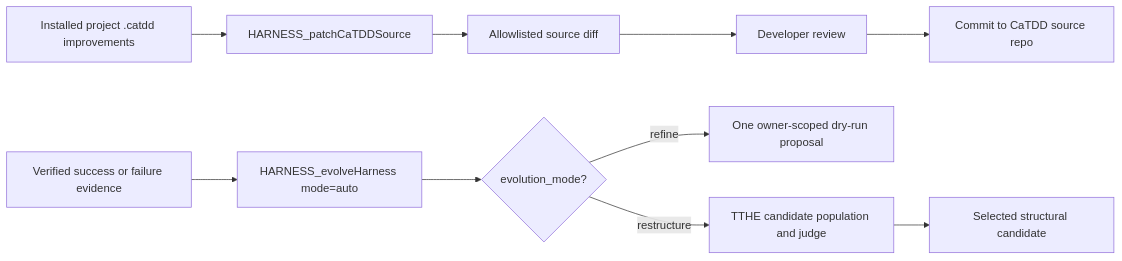
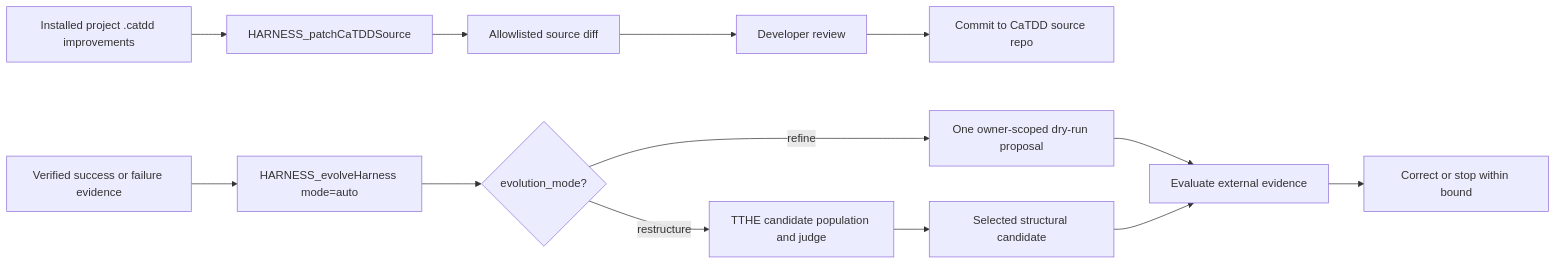
Before and after one commit to EnigmaWU/MyCaTDD: the diagram in slashCommands/kits/Px-HarnessKits.md, drawn with Mermaid. The commit also changed other lines of this file and 13 other files, not shown here.

````diff
--- a/slashCommands/kits/Px-HarnessKits.md
+++ b/slashCommands/kits/Px-HarnessKits.md
@@ -45,13 +45,16 @@
 ```mermaid
 flowchart LR
     Installed["Installed project .catdd improvements"] --> Inspect["HARNESS_patchCaTDDSource"]
     Inspect --> Diff["Allowlisted source diff"]
     Diff --> Review["Developer review"]
     Review --> Commit["Commit to CaTDD source repo"]
 
     Evidence["Verified success or failure evidence"] --> Evolve["HARNESS_evolveHarness mode=auto"]
     Evolve --> Mode{"evolution_mode?"}
     Mode -->|refine| Proposal["One owner-scoped dry-run proposal"]
     Mode -->|restructure| Judge["TTHE candidate population and judge"]
     Judge --> Winner["Selected structural candidate"]
+    Proposal --> Validate["Evaluate external evidence"]
+    Winner --> Validate
+    Validate --> Stop["Correct or stop within bound"]
 ```
````
